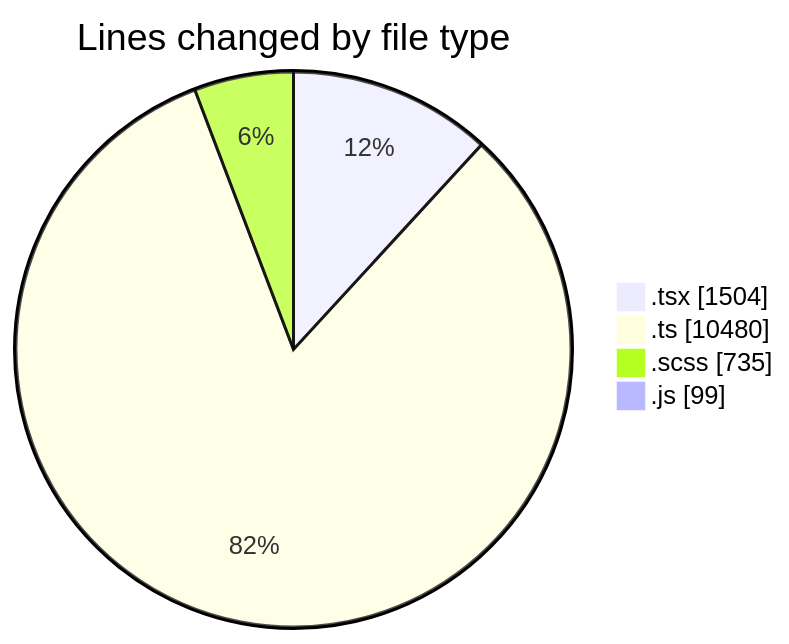
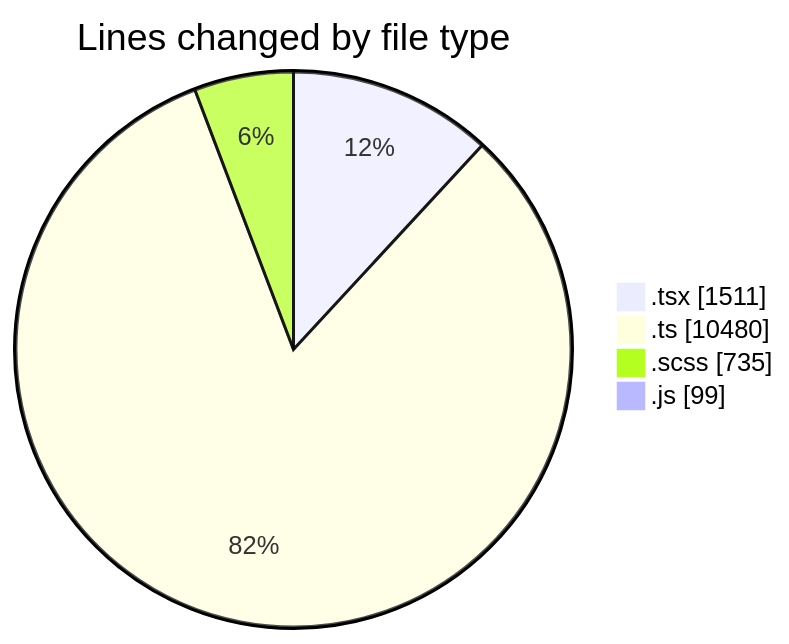
The first of 2 diagrams in 2025-03-26/cda/README.md (momahboobian/code-tracking), drawn with Mermaid before and after one commit. The commit also changed other lines of this file and 1 other file, not shown here.

````diff
--- a/2025-03-26/cda/README.md
+++ b/2025-03-26/cda/README.md
@@ -44,8 +44,8 @@
 ```mermaid
 pie showData
 title Lines changed by file type
-".tsx" : 1504
+".tsx" : 1511
 ".ts" : 10480
 ".scss" : 735
 ".js" : 99
 ```
````
